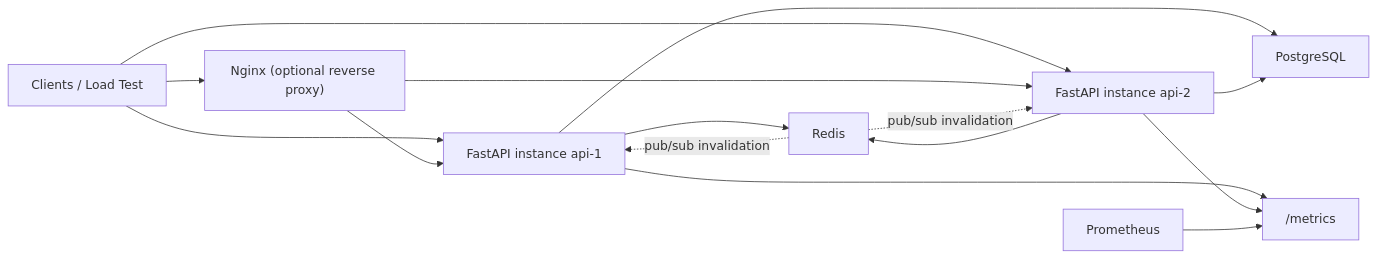
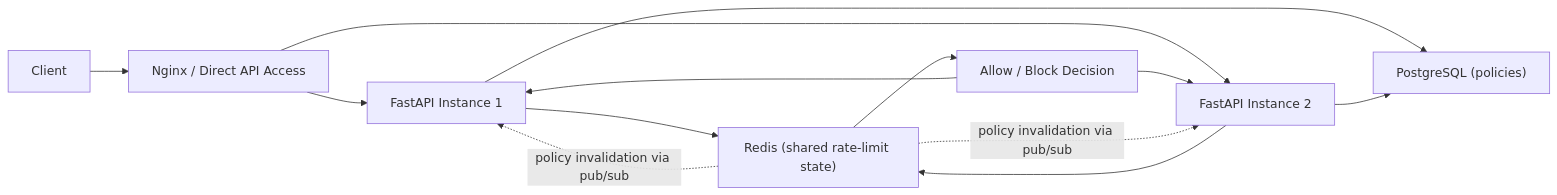
Before and after one commit to Nava-deep/DistributedRateLimiter: the diagram in README.md, drawn with Mermaid. The commit also changed other lines of this file, not shown here.

````diff
--- a/README.md
+++ b/README.md
@@ -23,21 +45,19 @@
 ```mermaid
 flowchart LR
-    Client["Clients / Load Test"] --> Nginx["Nginx (optional reverse proxy)"]
-    Client --> API1["FastAPI instance api-1"]
-    Client --> API2["FastAPI instance api-2"]
-    Nginx --> API1
-    Nginx --> API2
+    Client["Client"] --> LB["Nginx / Direct API Access"]
+    LB --> API1["FastAPI Instance 1"]
+    LB --> API2["FastAPI Instance 2"]
 
-    API1 --> Redis["Redis"]
+    API1 --> PG["PostgreSQL (policies)"]
+    API2 --> PG
+
+    API1 --> Redis["Redis (shared rate-limit state)"]
     API2 --> Redis
 
-    API1 --> Postgres["PostgreSQL"]
-    API2 --> Postgres
+    Redis --> Decision["Allow / Block Decision"]
+    Decision --> API1
+    Decision --> API2
 
-    API1 --> Prom["/metrics"]
-    API2 --> Prom
-    Prometheus["Prometheus"] --> Prom
-
-    Redis -. pub/sub invalidation .-> API1
-    Redis -. pub/sub invalidation .-> API2
+    Redis -. policy invalidation via pub/sub .-> API1
+    Redis -. policy invalidation via pub/sub .-> API2
 ```
````
